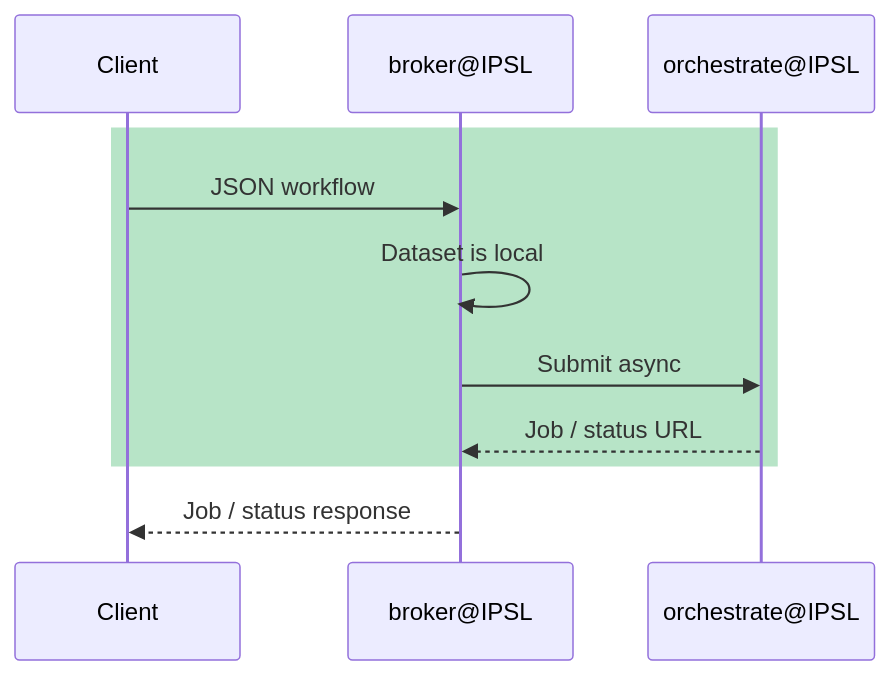
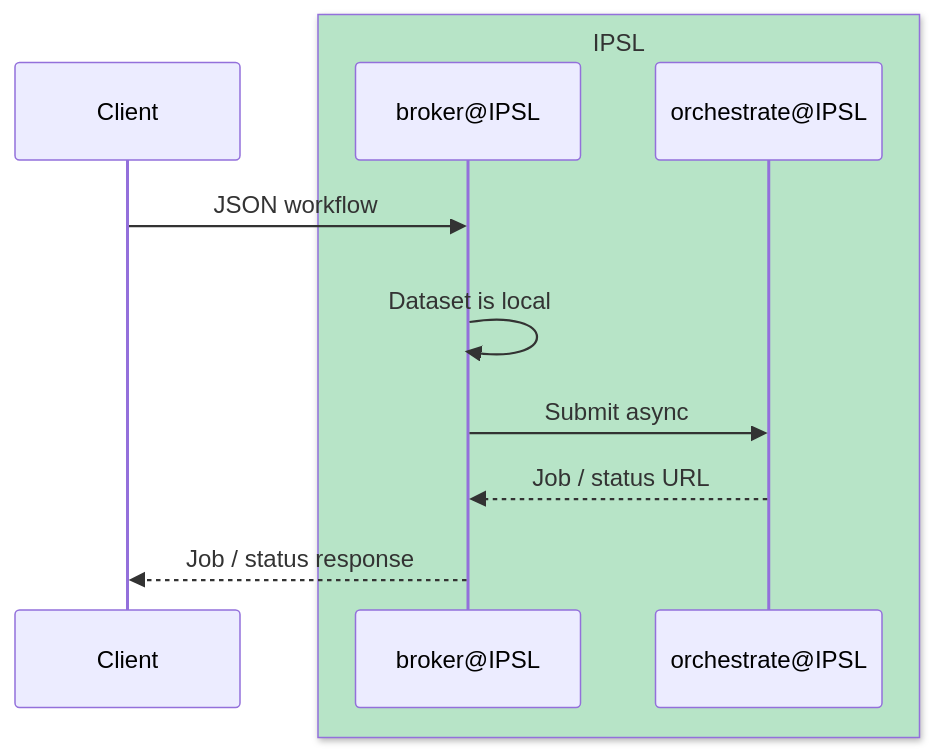
Diagram 14 of 22 in ARCH_ESGF2.md (roocs/rook), drawn with Mermaid before and after one commit. The commit also changed other lines of this file, not shown here.

````diff
--- a/ARCH_ESGF2.md
+++ b/ARCH_ESGF2.md
@@ -510,15 +510,19 @@
 ```mermaid
 sequenceDiagram
     participant C as Client
-    participant B as broker@IPSL
-    participant O as orchestrate@IPSL
+
+    box rgb(183, 228, 199) IPSL
+        participant B as broker@IPSL
+        participant O as orchestrate@IPSL
+    end
+
+    C->>B: JSON workflow
 
     rect rgb(183, 228, 199)
-        C->>B: JSON workflow
         B->>B: Dataset is local
         B->>O: Submit async
         O-->>B: Job / status URL
     end
 
     B-->>C: Job / status response
 ```
````
